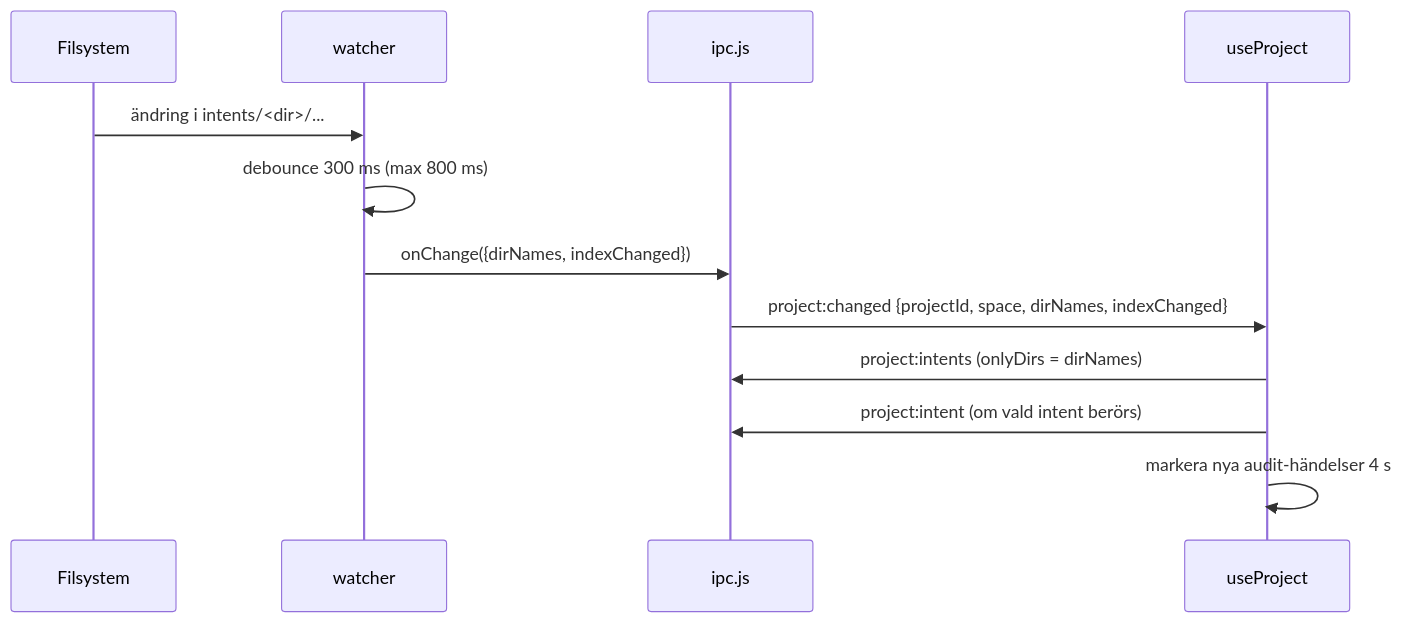
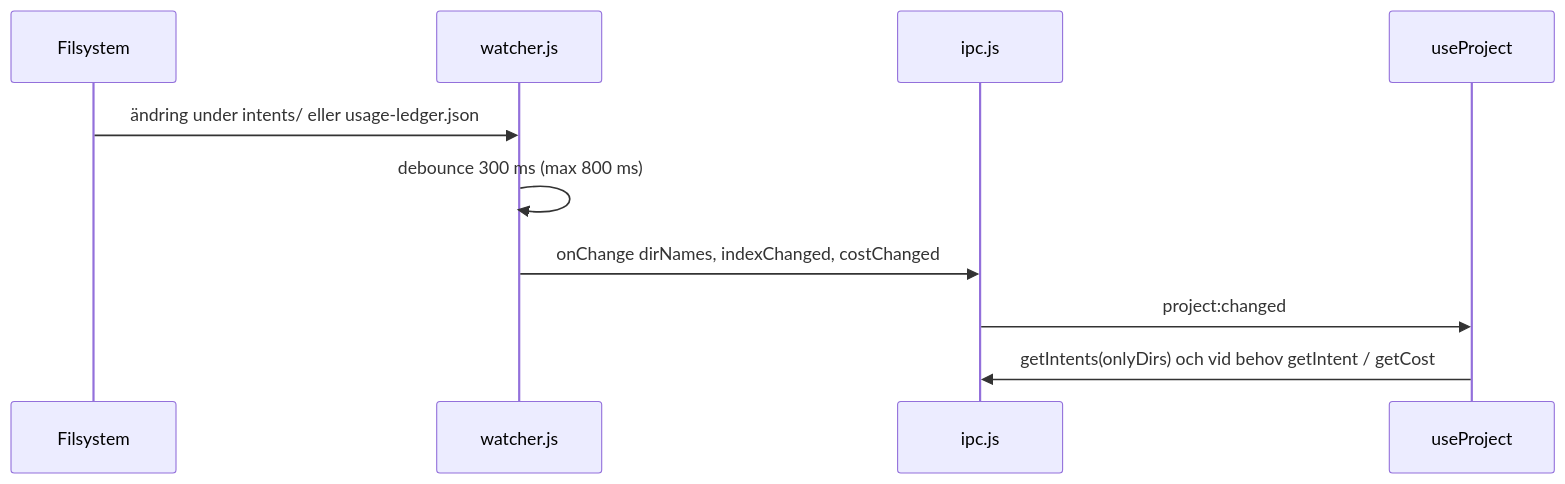
The third of 4 diagrams in aidlc/spaces/default/codekb/aidlc-dash/architecture.md (tochman/ai-dlc-thadeus), drawn with Mermaid before and after one commit. The commit also changed other lines of this file and 74 other files, not shown here.

````diff
--- a/aidlc/spaces/default/codekb/aidlc-dash/architecture.md
+++ b/aidlc/spaces/default/codekb/aidlc-dash/architecture.md
@@ -107,14 +113,12 @@
 ```mermaid
 sequenceDiagram
   participant FS as Filsystem
-  participant W as watcher
+  participant W as watcher.js
   participant I as ipc.js
-  participant U as useProject
-  FS->>W: ändring i intents/<dir>/...
+  participant UP as useProject
+  FS->>W: ändring under intents/ eller usage-ledger.json
   W->>W: debounce 300 ms (max 800 ms)
-  W->>I: onChange({dirNames, indexChanged})
-  I->>U: project:changed {projectId, space, dirNames, indexChanged}
-  U->>I: project:intents (onlyDirs = dirNames)
-  U->>I: project:intent (om vald intent berörs)
-  U->>U: markera nya audit-händelser 4 s
+  W->>I: onChange dirNames, indexChanged, costChanged
+  I->>UP: project:changed
+  UP->>I: getIntents(onlyDirs) och vid behov getIntent / getCost
 ```
````
